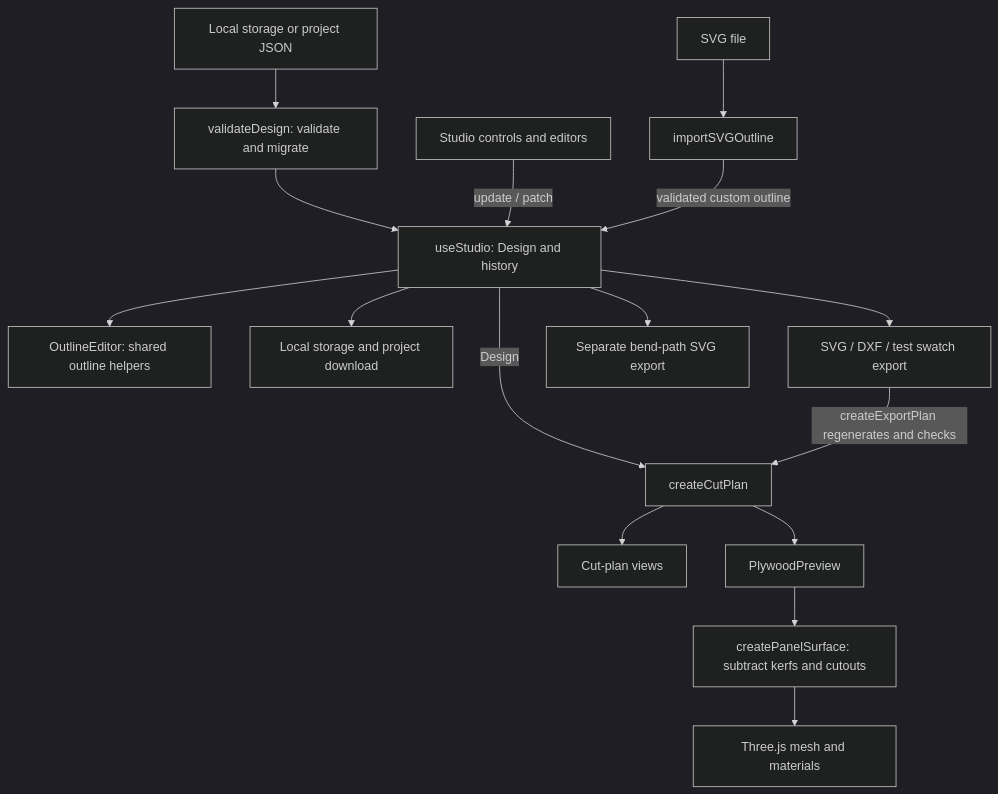
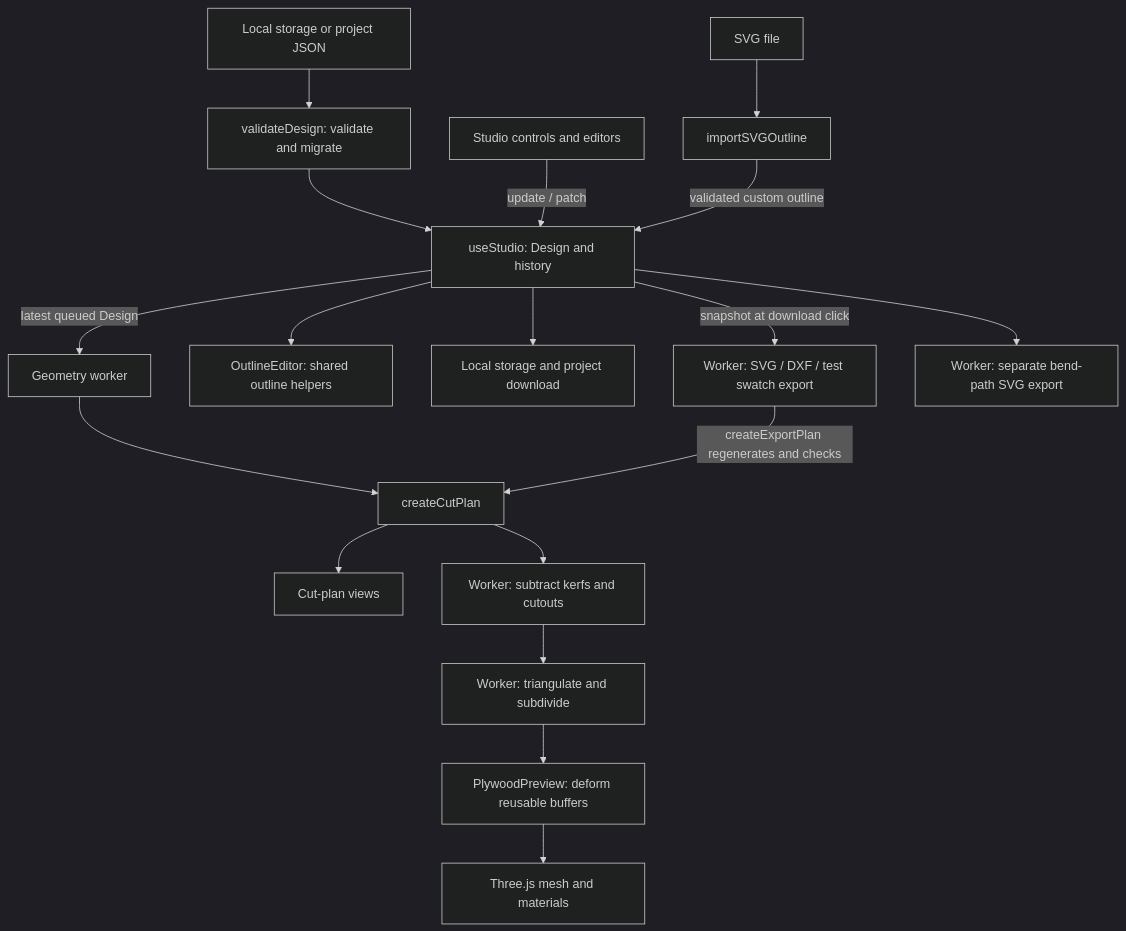
The diagram in docs/architecture.md (FrediBach/bentwood), drawn with Mermaid (dark theme) before and after one commit. The commit also changed other lines of this file and 26 other files, not shown here.

````diff
--- a/docs/architecture.md
+++ b/docs/architecture.md
@@ -18,18 +20,20 @@
 ```mermaid
 flowchart TD
   Input[Local storage or project JSON] --> Validate[validateDesign: validate and migrate]
   Validate --> State[useStudio: Design and history]
   UI[Studio controls and editors] -->|update / patch| State
   SVG[SVG file] --> Import[importSVGOutline]
   Import -->|validated custom outline| State
-  State -->|Design| Plan[createCutPlan]
+  State -->|latest queued Design| Worker[Geometry worker]
+  Worker --> Plan[createCutPlan]
   Plan --> Flat[Cut-plan views]
   State --> Outline[OutlineEditor: shared outline helpers]
-  Plan --> Preview[PlywoodPreview]
-  Preview --> Surface[createPanelSurface: subtract kerfs and cutouts]
-  Surface --> Mesh[Three.js mesh and materials]
+  Plan --> Surface[Worker: subtract kerfs and cutouts]
+  Surface --> Topology[Worker: triangulate and subdivide]
+  Topology --> Preview[PlywoodPreview: deform reusable buffers]
+  Preview --> Mesh[Three.js mesh and materials]
   State --> Save[Local storage and project download]
-  State --> Export[SVG / DXF / test swatch export]
+  State -->|snapshot at download click| Export[Worker: SVG / DXF / test swatch export]
   Export -->|createExportPlan regenerates and checks| Plan
-  State --> Bend[Separate bend-path SVG export]
+  State --> Bend[Worker: separate bend-path SVG export]
 ```
````
